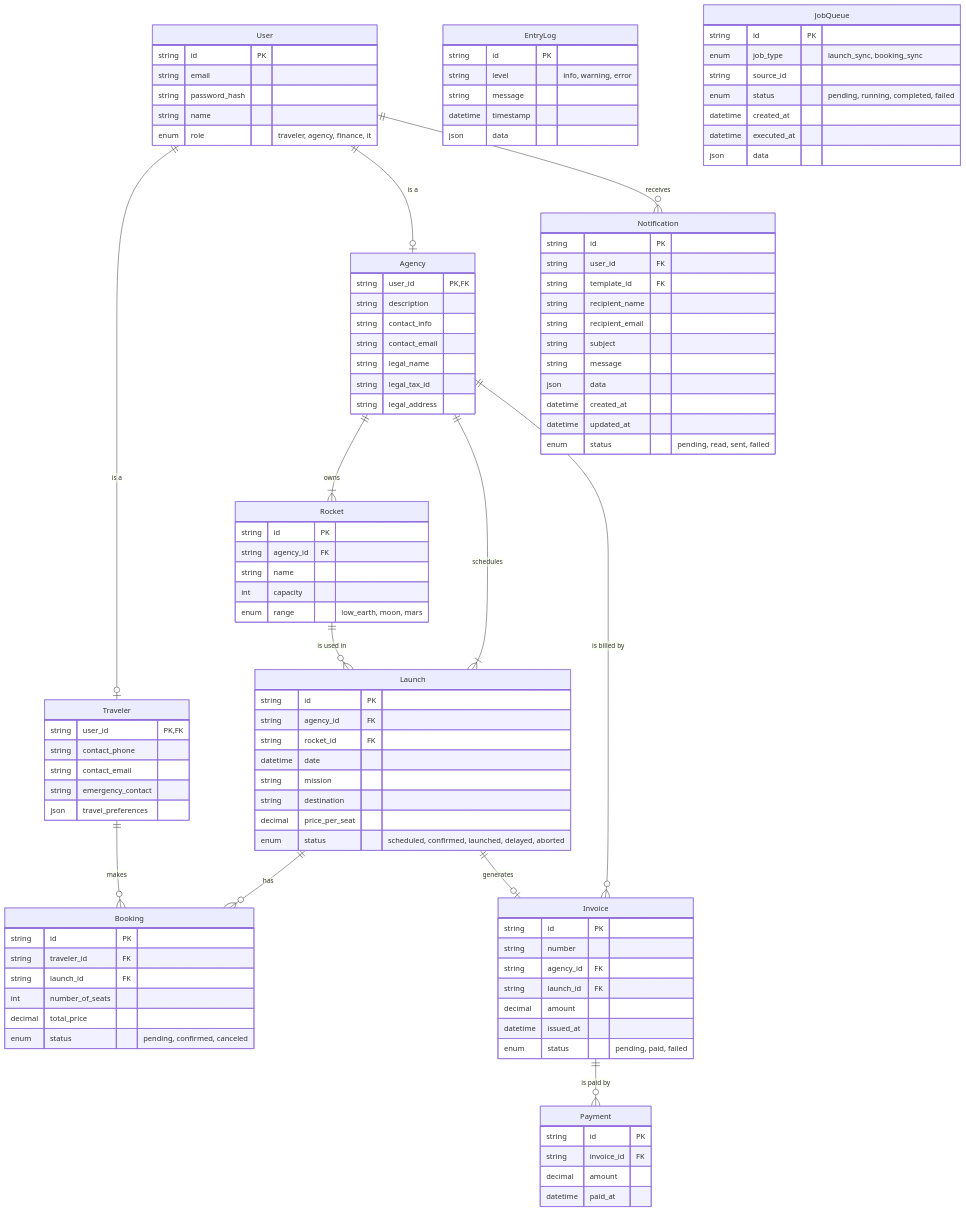
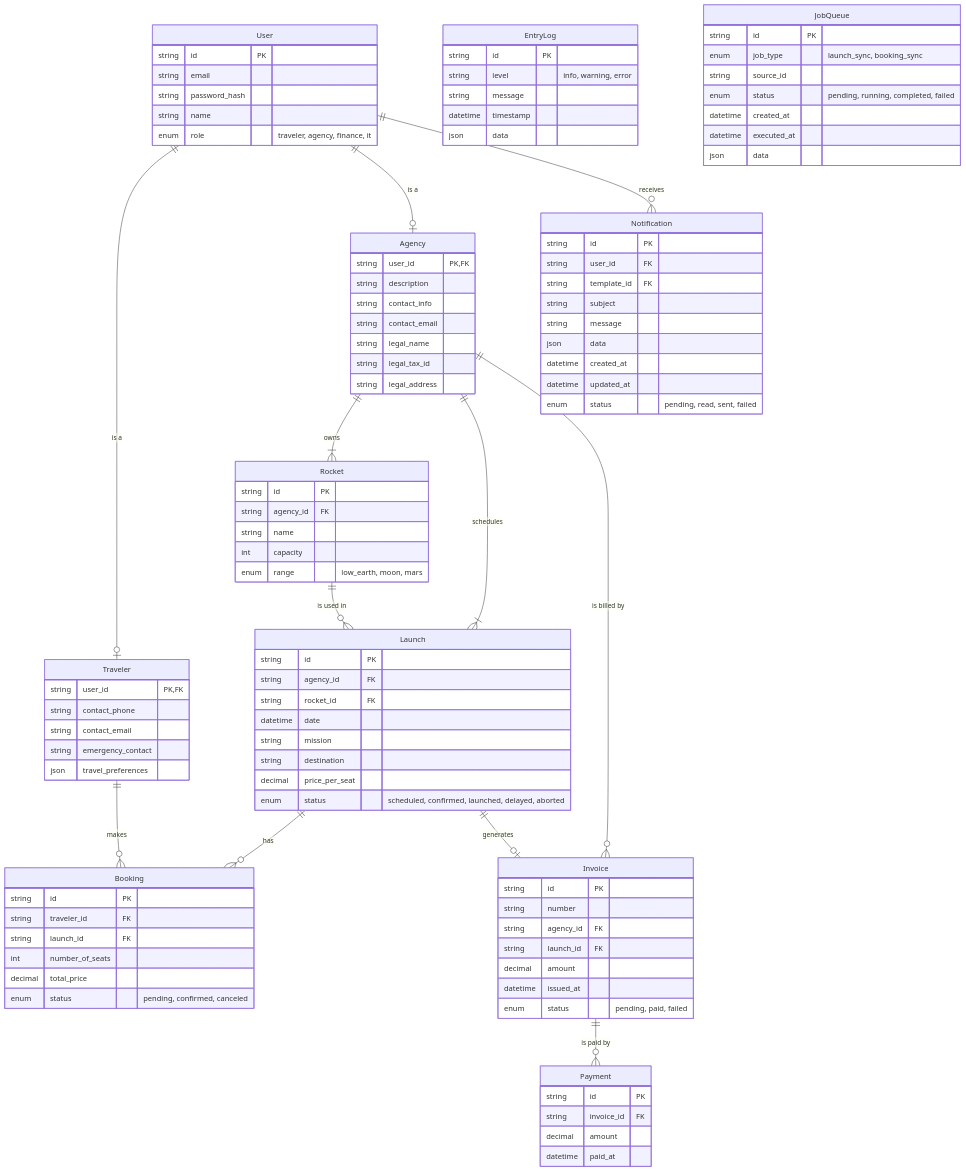
The diagram in profile/2-design/3-model.erd.md (AstroBookings/.github), drawn with Mermaid before and after one commit.

Commit message:
fix: notification entity

```diff
--- a/profile/2-design/3-model.erd.md
+++ b/profile/2-design/3-model.erd.md
@@ -168,8 +168,6 @@
         string id PK
         string user_id FK
         string template_id FK
-        string recipient_name
-        string recipient_email
         string subject
         string message
         json data
```
